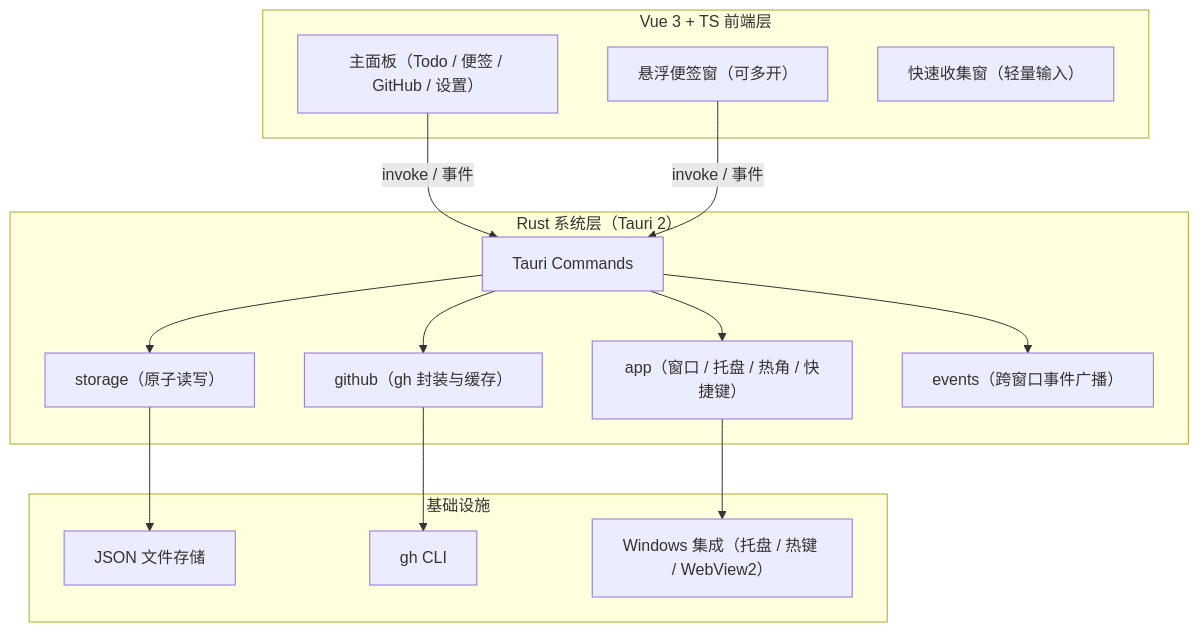
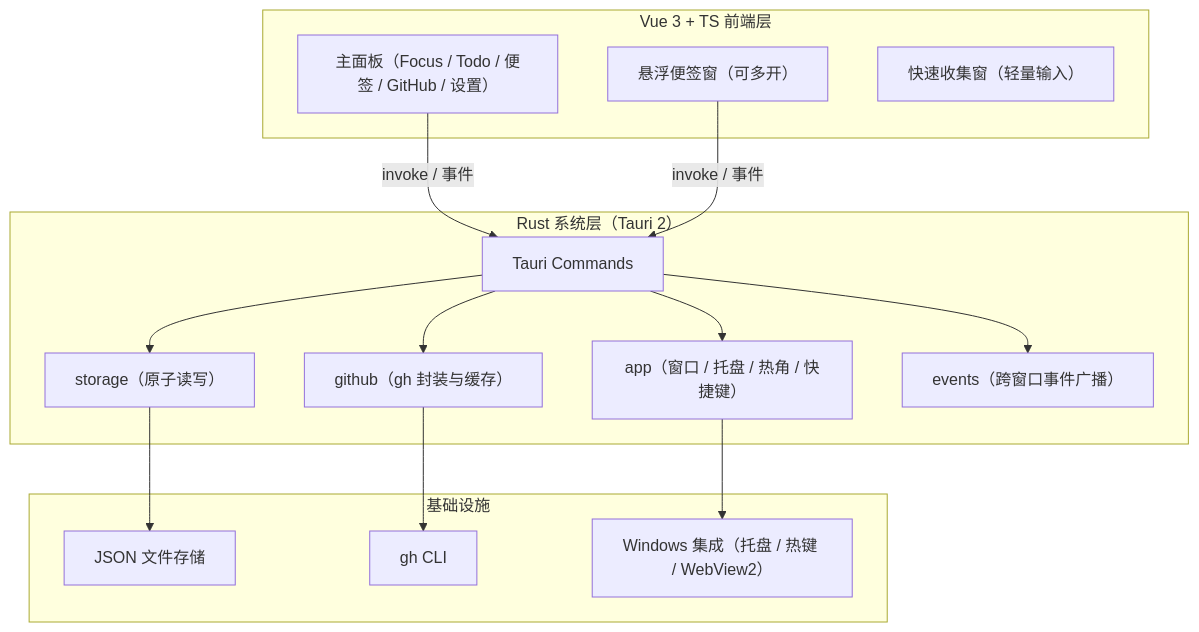
One commit to wynxing/MayDolist changed the first of 3 diagrams in docs/architecture.md. Above: the diagram before and after it, drawn with Mermaid. The commit also changed other lines of this file and 17 other files, not shown here.

````diff
--- a/docs/architecture.md
+++ b/docs/architecture.md
@@ -61,32 +61,32 @@
 ```mermaid
 flowchart TB
     subgraph UI["Vue 3 + TS 前端层"]
-        Main["主面板（Todo / 便签 / GitHub / 设置）"]
+        Main["主面板（Focus / Todo / 便签 / GitHub / 设置）"]
         Note["悬浮便签窗（可多开）"]
         Quick["快速收集窗（轻量输入）"]
     end
 
     subgraph Rust["Rust 系统层（Tauri 2）"]
         Cmd["Tauri Commands"]
         App["app（窗口 / 托盘 / 热角 / 快捷键）"]
         Store["storage（原子读写）"]
         Gh["github（gh 封装与缓存）"]
         Evt["events（跨窗口事件广播）"]
     end
 
     subgraph Infra["基础设施"]
         FS["JSON 文件存储"]
         GhCli["gh CLI"]
         OS["Windows 集成（托盘 / 热键 / WebView2）"]
     end
 
     Main -->|invoke / 事件| Cmd
     Note -->|invoke / 事件| Cmd
     Cmd --> App
     Cmd --> Store
     Cmd --> Gh
     Cmd --> Evt
     Store --> FS
     Gh --> GhCli
     App --> OS
 ```
````
